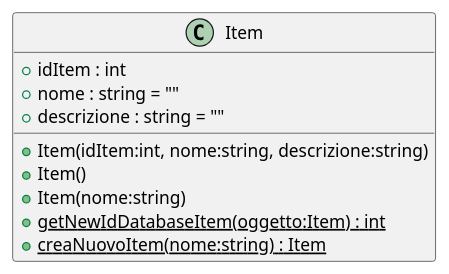
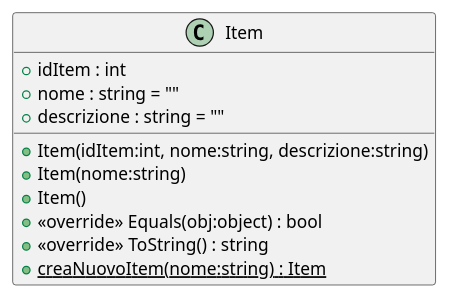
One commit to zSavT/Healthy-Catering changed the diagram in doc/plantUml senza associazioni/Item.puml. Above: the diagram before and after it, drawn with PlantUML. The commit also changed 26 other files, not shown here.

Commit message:
aggiornati uml (anche immagini)

```diff
--- a/doc/plantUml senza associazioni/Item.puml
+++ b/doc/plantUml senza associazioni/Item.puml
@@ -1,12 +1,13 @@
 @startuml
 class Item {
     + idItem : int
     + nome : string = ""
     + descrizione : string = ""
     + Item(idItem:int, nome:string, descrizione:string)
+    + Item(nome:string)
     + Item()
-    + Item(nome:string)
-    + {static} getNewIdDatabaseItem(oggetto:Item) : int
+    + <<override>> Equals(obj:object) : bool
+    + <<override>> ToString() : string
     + {static} creaNuovoItem(nome:string) : Item
 }
 @enduml
```
